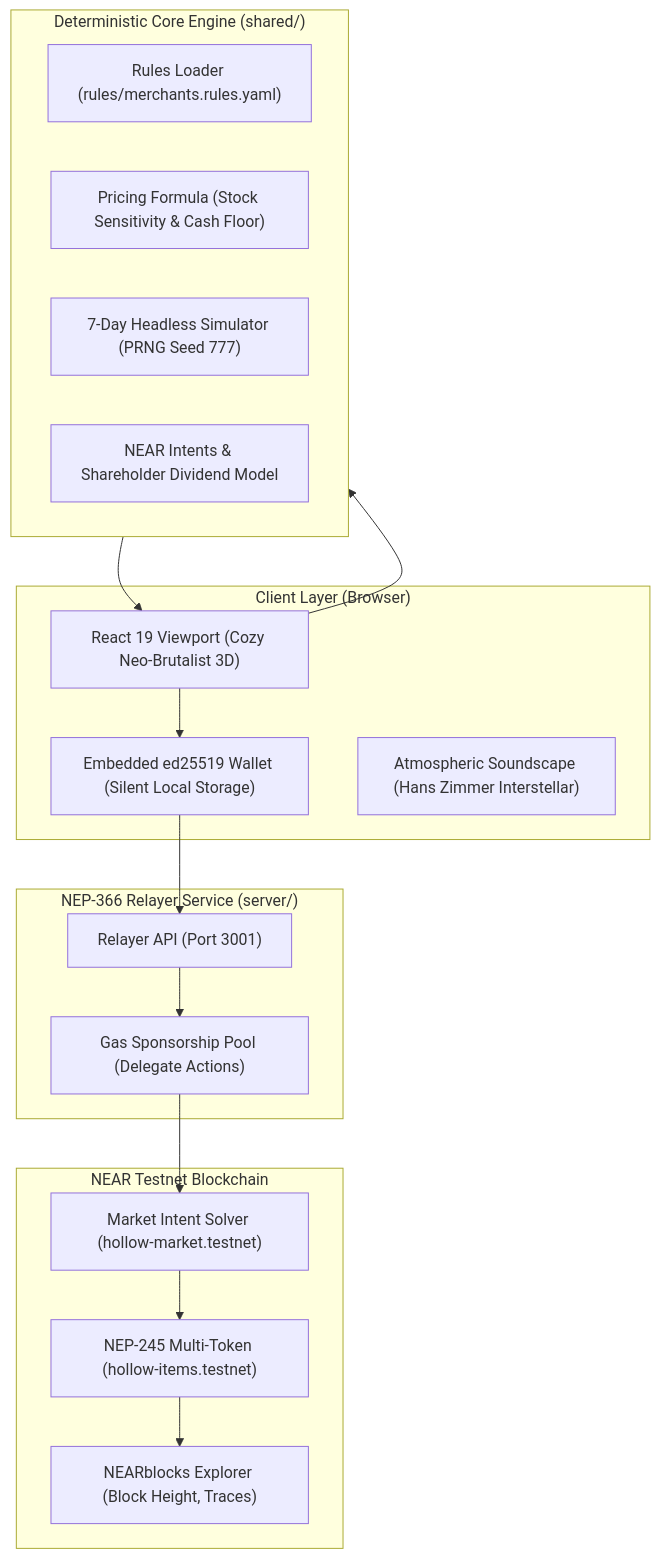
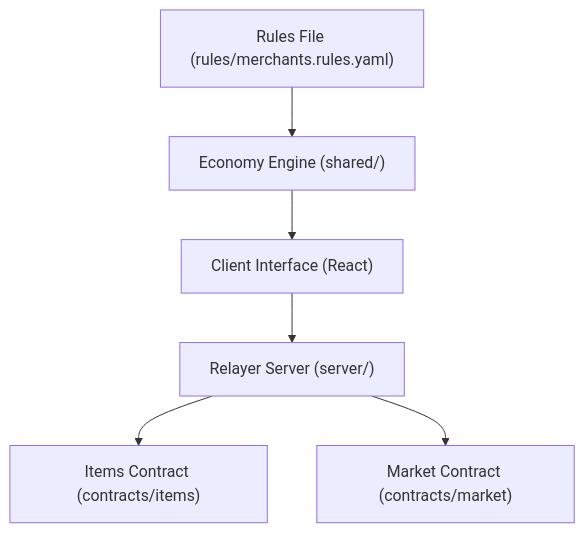
Before and after one commit to harshithGowda735/Hollow-Harbor: the first of 2 diagrams in README.md, drawn with Mermaid. The commit also changed other lines of this file and 12 other files, not shown here.

````diff
--- a/README.md
+++ b/README.md
@@ -64,35 +131,15 @@
 ```mermaid
-flowchart TD
-    subgraph ClientLayer ["Client Layer (Browser)"]
-        UI["React 19 Viewport (Cozy Neo-Brutalist 3D)"]
-        Wallet["Embedded ed25519 Wallet (Silent Local Storage)"]
-        Audio["Atmospheric Soundscape (Hans Zimmer Interstellar)"]
-    end
+graph TD
+    Client["Client Interface (React)"]
+    Shared["Economy Engine (shared/)"]
+    Rules["Rules File (rules/merchants.rules.yaml)"]
+    Relayer["Relayer Server (server/)"]
+    ItemsContract["Items Contract (contracts/items)"]
+    MarketContract["Market Contract (contracts/market)"]
 
-    subgraph CoreEngine ["Deterministic Core Engine (shared/)"]
-        RulesLoader["Rules Loader (rules/merchants.rules.yaml)"]
-        PricingEngine["Pricing Formula (Stock Sensitivity & Cash Floor)"]
-        TickEngine["7-Day Headless Simulator (PRNG Seed 777)"]
-        IntentsEngine["NEAR Intents & Shareholder Dividend Model"]
-    end
-
-    subgraph RelayerLayer ["NEP-366 Relayer Service (server/)"]
-        Express["Relayer API (Port 3001)"]
-        MetaTx["Gas Sponsorship Pool (Delegate Actions)"]
-    end
-
-    subgraph BlockchainLayer ["NEAR Testnet Blockchain"]
-        ItemsContract["NEP-245 Multi-Token (hollow-items.testnet)"]
-        MarketContract["Market Intent Solver (hollow-market.testnet)"]
-        Explorer["NEARblocks Explorer (Block Height, Traces)"]
-    end
-
-    UI --> CoreEngine
-    UI --> Wallet
-    Wallet --> Express
-    Express --> MetaTx
-    MetaTx --> MarketContract
-    MarketContract --> ItemsContract
-    ItemsContract --> Explorer
-    CoreEngine --> UI
+    Rules --> Shared
+    Shared --> Client
+    Client --> Relayer
+    Relayer --> ItemsContract
+    Relayer --> MarketContract
 ```
````
